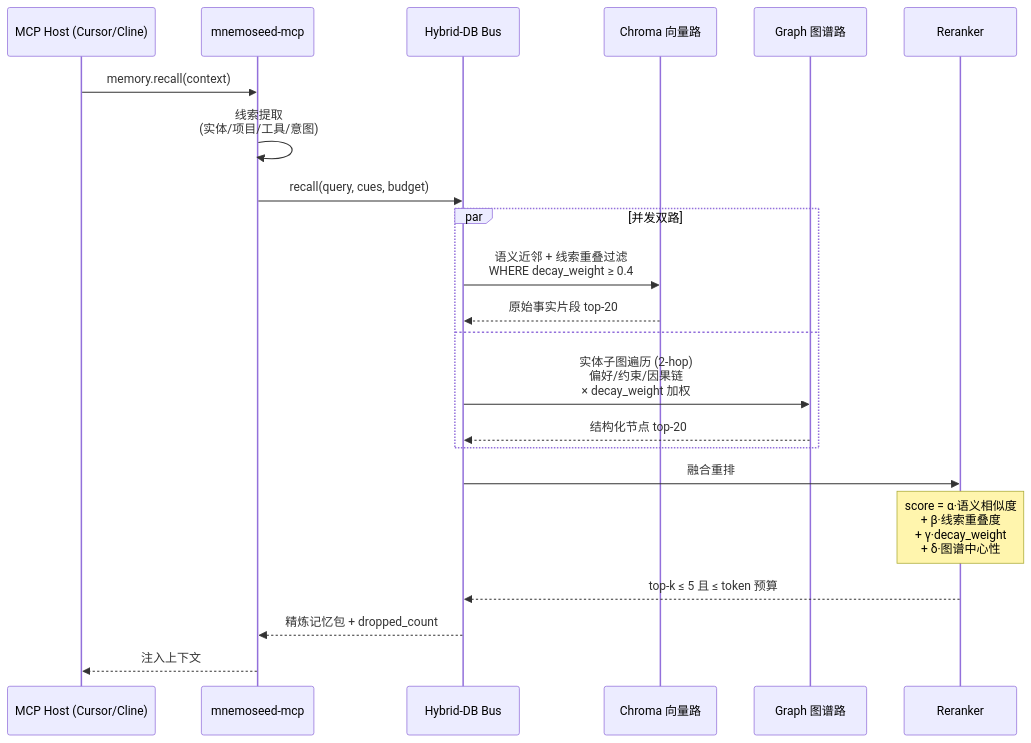
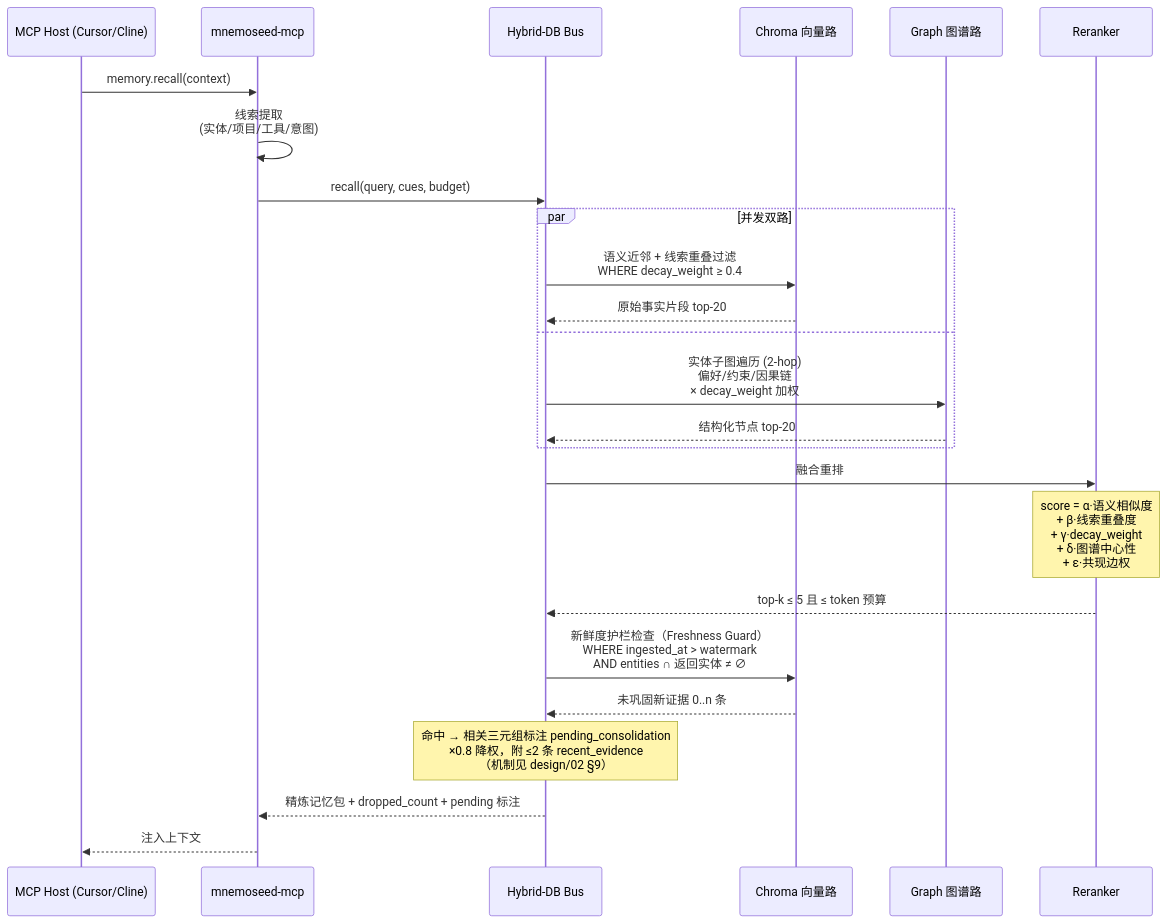
Before and after one commit to MnemoSeed/mnemoseed: the first of 2 diagrams in docs/design/03-存储与检索.md, drawn with Mermaid. The commit also changed other lines of this file and 6 other files, not shown here.

Commit message:
docs: Freshness Guard 清醒间隙护栏（design/02§9+03, PRD-01/03 新 FR）；新增 design/06 接入与安装体验 + PRD-06（三层适配架构 daemon/MCP/plugin）；推广计划改纯痛点叙事零竞品提及

````diff
--- a/docs/design/03-存储与检索.md
+++ b/docs/design/03-存储与检索.md
@@ -27,25 +27,28 @@
 ```mermaid
 sequenceDiagram
     participant Host as MCP Host (Cursor/Cline)
     participant GW as mnemoseed-mcp
     participant HB as Hybrid-DB Bus
     participant V as Chroma 向量路
     participant G as Graph 图谱路
     participant RR as Reranker
 
     Host->>GW: memory.recall(context)
     GW->>GW: 线索提取<br/>(实体/项目/工具/意图)
     GW->>HB: recall(query, cues, budget)
     par 并发双路
         HB->>V: 语义近邻 + 线索重叠过滤<br/>WHERE decay_weight ≥ 0.4
         V-->>HB: 原始事实片段 top-20
     and
         HB->>G: 实体子图遍历 (2-hop)<br/>偏好/约束/因果链<br/>× decay_weight 加权
         G-->>HB: 结构化节点 top-20
     end
     HB->>RR: 融合重排
-    Note over RR: score = α·语义相似度<br/>+ β·线索重叠度<br/>+ γ·decay_weight<br/>+ δ·图谱中心性
+    Note over RR: score = α·语义相似度<br/>+ β·线索重叠度<br/>+ γ·decay_weight<br/>+ δ·图谱中心性<br/>+ ε·共现边权
     RR-->>HB: top-k ≤ 5 且 ≤ token 预算
-    HB-->>GW: 精炼记忆包 + dropped_count
+    HB->>V: 新鲜度护栏检查（Freshness Guard）<br/>WHERE ingested_at > watermark<br/>AND entities ∩ 返回实体 ≠ ∅
+    V-->>HB: 未巩固新证据 0..n 条
+    Note over HB: 命中 → 相关三元组标注 pending_consolidation<br/>×0.8 降权，附 ≤2 条 recent_evidence<br/>（机制见 design/02 §9）
+    HB-->>GW: 精炼记忆包 + dropped_count + pending 标注
     GW-->>Host: 注入上下文
 ```
````
